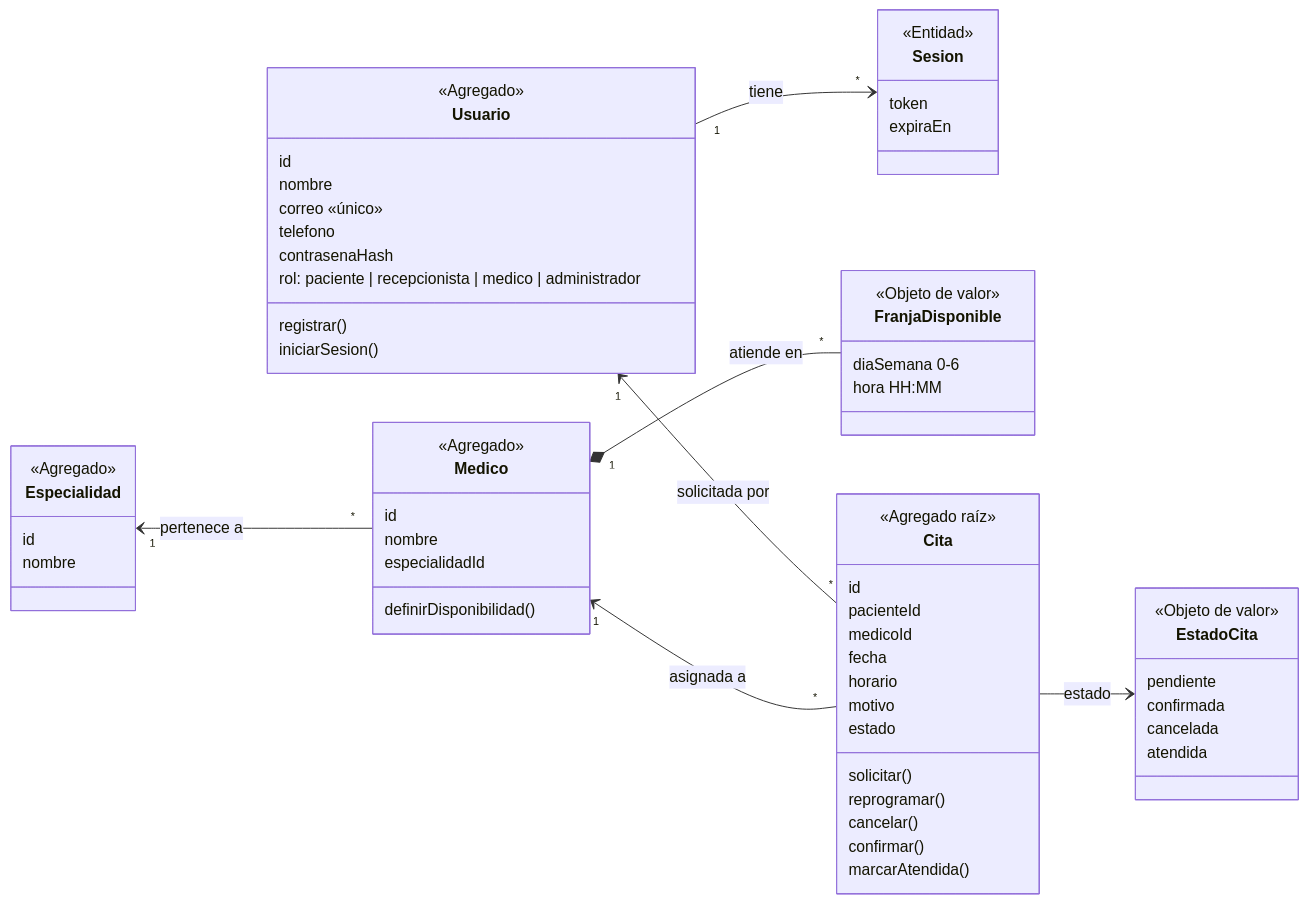
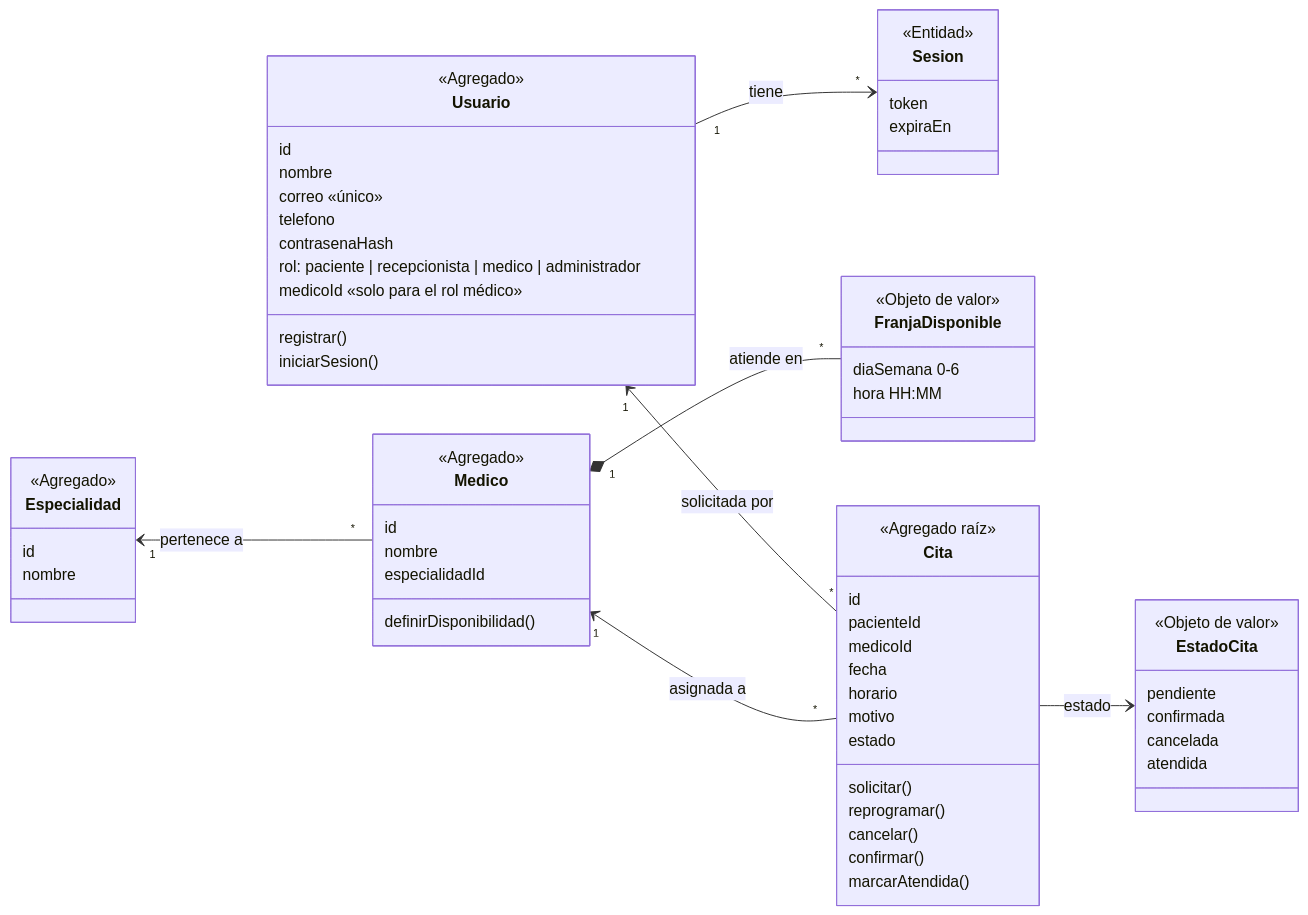
Before and after one commit to fox123abc/Clinica: the eighth of 9 diagrams in docs/DDD-EVENT-STORMING.md, drawn with Mermaid. The commit also changed other lines of this file and 6 other files, not shown here.

````diff
--- a/docs/DDD-EVENT-STORMING.md
+++ b/docs/DDD-EVENT-STORMING.md
@@ -346,66 +354,67 @@
 ```mermaid
 classDiagram
     direction LR
     class Usuario {
         <<Agregado>>
         id
         nombre
         correo «único»
         telefono
         contrasenaHash
         rol: paciente | recepcionista | medico | administrador
+        medicoId «solo para el rol médico»
         registrar()
         iniciarSesion()
     }
     class Sesion {
         <<Entidad>>
         token
         expiraEn
     }
     class Especialidad {
         <<Agregado>>
         id
         nombre
     }
     class Medico {
         <<Agregado>>
         id
         nombre
         especialidadId
         definirDisponibilidad()
     }
     class FranjaDisponible {
         <<Objeto de valor>>
         diaSemana 0-6
         hora HH:MM
     }
     class Cita {
         <<Agregado raíz>>
         id
         pacienteId
         medicoId
         fecha
         horario
         motivo
         estado
         solicitar()
         reprogramar()
         cancelar()
         confirmar()
         marcarAtendida()
     }
     class EstadoCita {
         <<Objeto de valor>>
         pendiente
         confirmada
         cancelada
         atendida
     }
 
     Usuario "1" --> "*" Sesion : tiene
     Especialidad "1" <-- "*" Medico : pertenece a
     Medico "1" *-- "*" FranjaDisponible : atiende en
     Usuario "1" <-- "*" Cita : solicitada por
     Medico "1" <-- "*" Cita : asignada a
     Cita --> EstadoCita : estado
 ```
````
